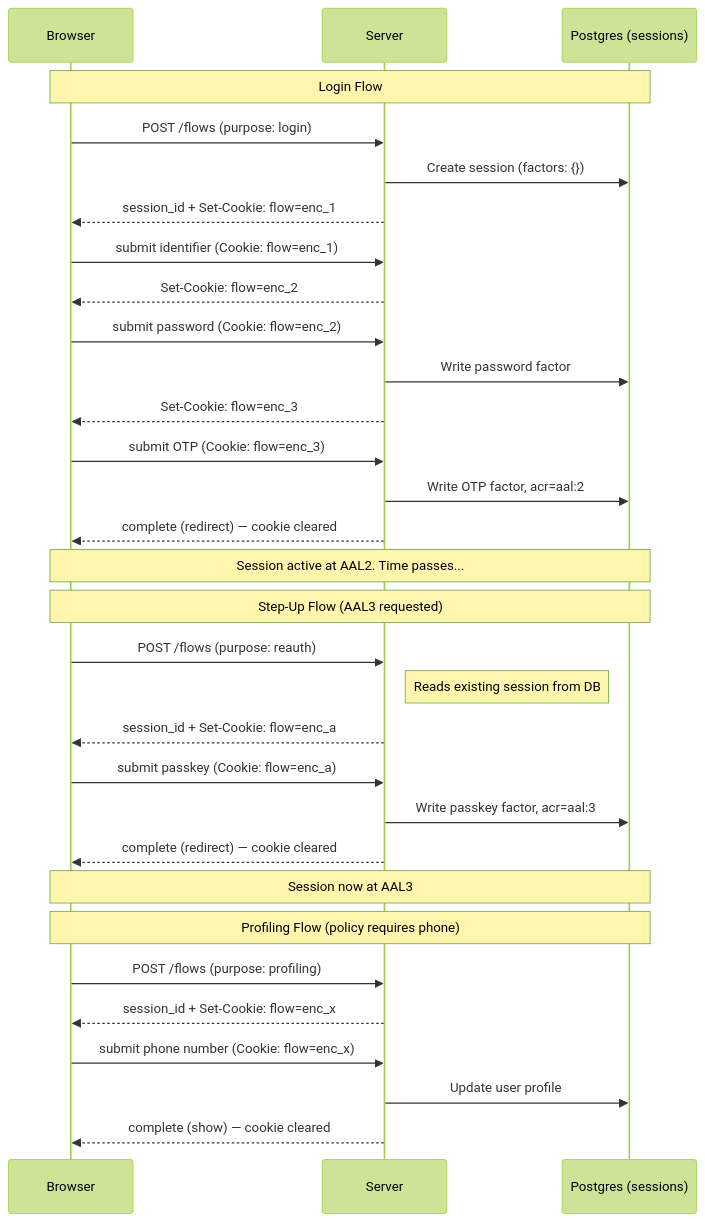
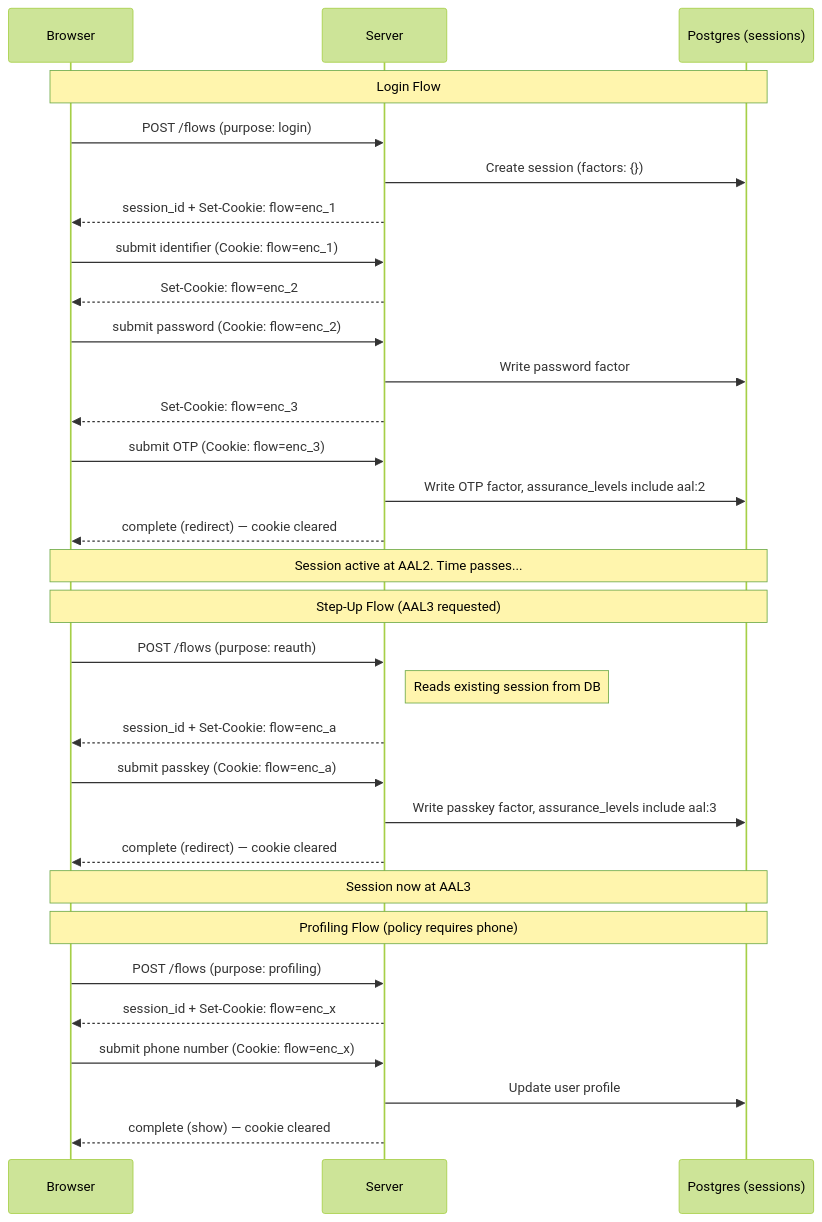
The diagram in docs/design/flowengine/flow-engine-storage.md (zitadel/nextgen), drawn with Mermaid (forest theme) before and after one commit. The commit also changed other lines of this file and 10 other files, not shown here.

````diff
--- a/docs/design/flowengine/flow-engine-storage.md
+++ b/docs/design/flowengine/flow-engine-storage.md
@@ -15,38 +15,38 @@
 ```mermaid
 sequenceDiagram
     participant Browser
     participant Server
     participant DB as Postgres (sessions)
 
     Note over Browser,DB: Login Flow
     Browser->>Server: POST /flows (purpose: login)
     Server->>DB: Create session (factors: {})
     Server-->>Browser: session_id + Set-Cookie: flow=enc_1
     Browser->>Server: submit identifier (Cookie: flow=enc_1)
     Server-->>Browser: Set-Cookie: flow=enc_2
     Browser->>Server: submit password (Cookie: flow=enc_2)
     Server->>DB: Write password factor
     Server-->>Browser: Set-Cookie: flow=enc_3
     Browser->>Server: submit OTP (Cookie: flow=enc_3)
-    Server->>DB: Write OTP factor, acr=aal:2
+    Server->>DB: Write OTP factor, assurance_levels include aal:2
     Server-->>Browser: complete (redirect) — cookie cleared
 
     Note over Browser,DB: Session active at AAL2. Time passes...
 
     Note over Browser,DB: Step-Up Flow (AAL3 requested)
     Browser->>Server: POST /flows (purpose: reauth)
     Note right of Server: Reads existing session from DB
     Server-->>Browser: session_id + Set-Cookie: flow=enc_a
     Browser->>Server: submit passkey (Cookie: flow=enc_a)
-    Server->>DB: Write passkey factor, acr=aal:3
+    Server->>DB: Write passkey factor, assurance_levels include aal:3
     Server-->>Browser: complete (redirect) — cookie cleared
 
     Note over Browser,DB: Session now at AAL3
 
     Note over Browser,DB: Profiling Flow (policy requires phone)
     Browser->>Server: POST /flows (purpose: profiling)
     Server-->>Browser: session_id + Set-Cookie: flow=enc_x
     Browser->>Server: submit phone number (Cookie: flow=enc_x)
     Server->>DB: Update user profile
     Server-->>Browser: complete (show) — cookie cleared
 ```
````
